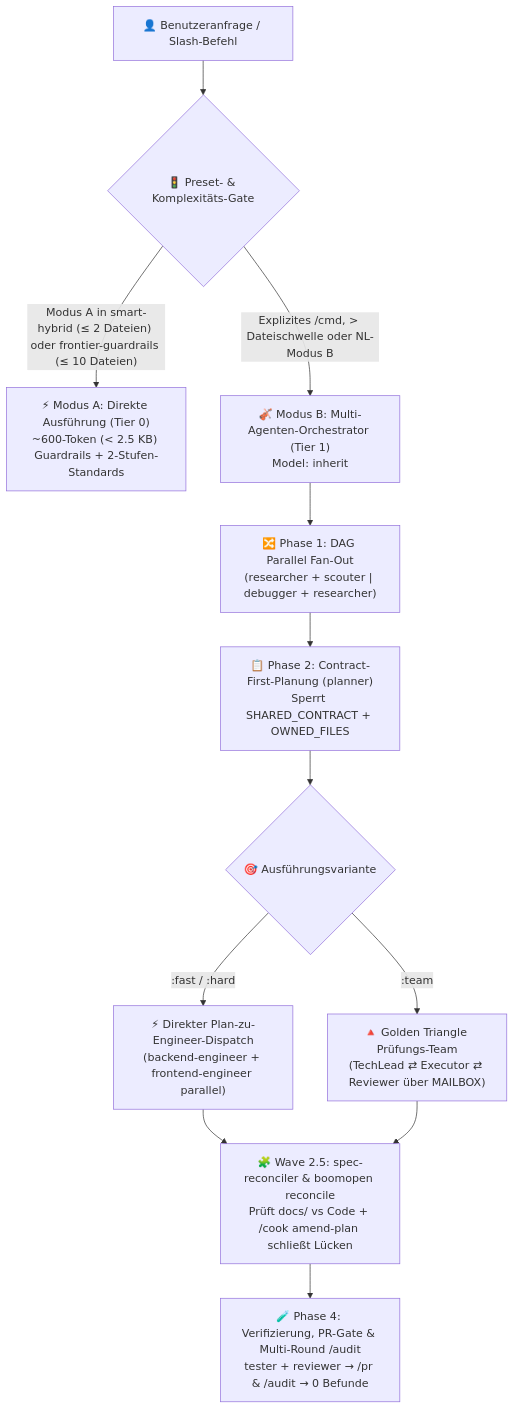
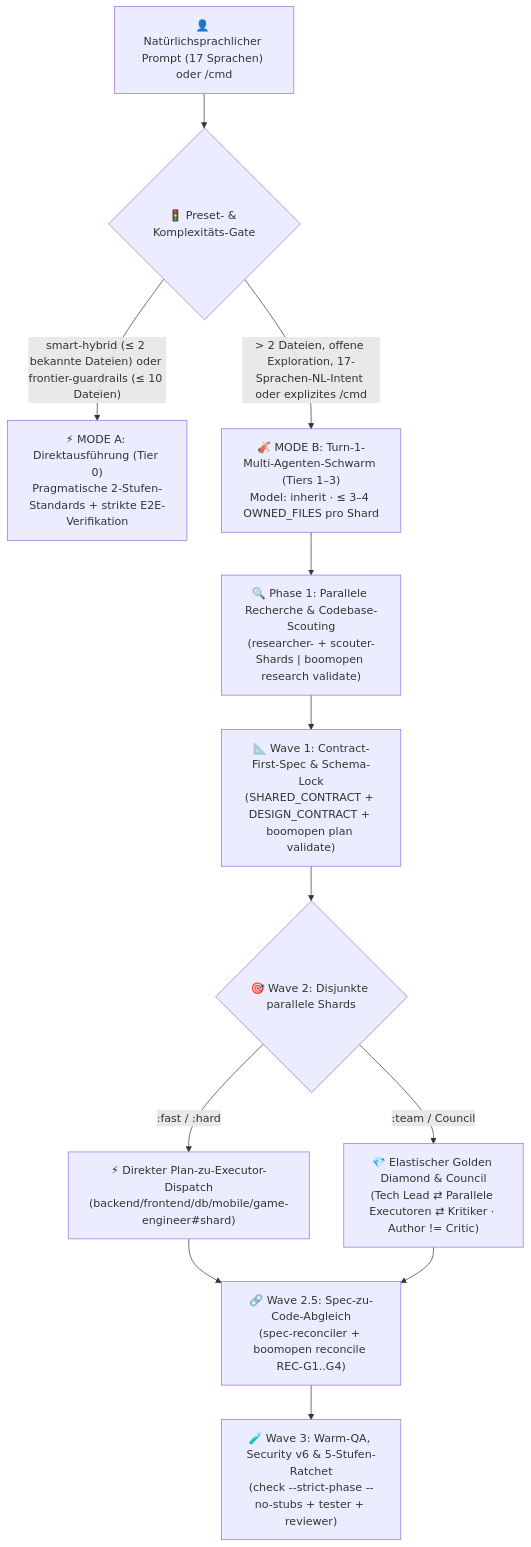
The diagram in i18n/README.de.md (Kennyboom/BoomOpen-Workflow-Kit-Pro), drawn with Mermaid before and after one commit. The commit also changed other lines of this file and 21 other files, not shown here.

````diff
--- a/i18n/README.de.md
+++ b/i18n/README.de.md
@@ -57,17 +94,17 @@
 ```mermaid
 flowchart TD
-    User["👤 Benutzeranfrage / Slash-Befehl"] --> Gate{"🚦 Preset- & Komplexitäts-Gate"}
-    Gate -->|"Modus A in smart-hybrid (≤ 2 Dateien) oder frontier-guardrails (≤ 10 Dateien)"| ModeA["⚡ Modus A: Direkte Ausführung (Tier 0)<br/>~600-Token (< 2.5 KB) Guardrails + 2-Stufen-Standards"]
-    Gate -->|"Explizites /cmd, > Dateischwelle oder NL-Modus B"| ModeB["🎻 Modus B: Multi-Agenten-Orchestrator (Tier 1)<br/>Model: inherit"]
+    User["👤 Natürlichsprachlicher Prompt (17 Sprachen) oder /cmd"] --> Gate{"🚦 Preset- & Komplexitäts-Gate"}
+    Gate -->|"smart-hybrid (≤ 2 bekannte Dateien) oder frontier-guardrails (≤ 10 Dateien)"| ModeA["⚡ MODE A: Direktausführung (Tier 0)<br/>Pragmatische 2-Stufen-Standards + strikte E2E-Verifikation"]
+    Gate -->|"> 2 Dateien, offene Exploration, 17-Sprachen-NL-Intent oder explizites /cmd"| ModeB["🎻 MODE B: Turn-1-Multi-Agenten-Schwarm (Tiers 1–3)<br/>Model: inherit · ≤ 3–4 OWNED_FILES pro Shard"]
 
-    ModeB --> FanOut["🔀 Phase 1: DAG Parallel Fan-Out<br/>(researcher + scouter | debugger + researcher)"]
-    FanOut --> Plan["📋 Phase 2: Contract-First-Planung (planner)<br/>Sperrt SHARED_CONTRACT + OWNED_FILES"]
-    Plan --> Dispatch{"🎯 Ausführungsvariante"}
+    ModeB --> Wave0["🔍 Phase 1: Parallele Recherche & Codebase-Scouting<br/>(researcher- + scouter-Shards | boomopen research validate)"]
+    Wave0 --> Wave1["📐 Wave 1: Contract-First-Spec & Schema-Lock<br/>(SHARED_CONTRACT + DESIGN_CONTRACT + boomopen plan validate)"]
+    Wave1 --> Wave2{"🎯 Wave 2: Disjunkte parallele Shards"}
 
-    Dispatch -->|":fast / :hard"| Direct["⚡ Direkter Plan-zu-Engineer-Dispatch<br/>(backend-engineer + frontend-engineer parallel)"]
-    Dispatch -->|":team"| Triangle["🔺 Golden Triangle Prüfungs-Team<br/>(TechLead ⇄ Executor ⇄ Reviewer über MAILBOX)"]
+    Wave2 -->|":fast / :hard"| Direct["⚡ Direkter Plan-zu-Executor-Dispatch<br/>(backend/frontend/db/mobile/game-engineer#shard)"]
+    Wave2 -->|":team / Council"| Diamond["💎 Elastischer Golden Diamond & Council<br/>(Tech Lead ⇄ Parallele Executoren ⇄ Kritiker · Author != Critic)"]
 
-    Direct --> Reconcile["🧩 Wave 2.5: spec-reconciler & boomopen reconcile<br/>Prüft docs/ vs Code + /cook amend-plan schließt Lücken"]
-    Triangle --> Reconcile
-    Reconcile --> Verify["🧪 Phase 4: Verifizierung, PR-Gate & Multi-Round /audit<br/>tester + reviewer → /pr & /audit → 0 Befunde"]
+    Direct --> Wave25["🔗 Wave 2.5: Spec-zu-Code-Abgleich<br/>(spec-reconciler + boomopen reconcile REC-G1..G4)"]
+    Diamond --> Wave25
+    Wave25 --> Wave3["🧪 Wave 3: Warm-QA, Security v6 & 5-Stufen-Ratchet<br/>(check --strict-phase --no-stubs + tester + reviewer)"]
 ```
````
